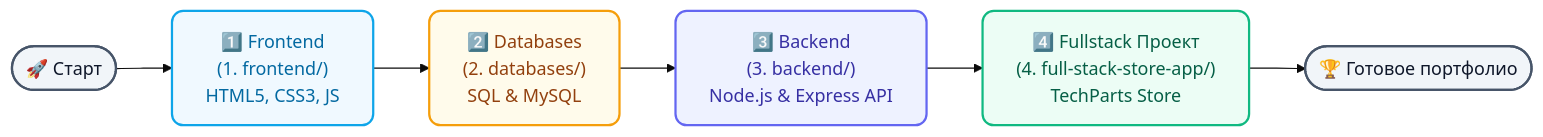
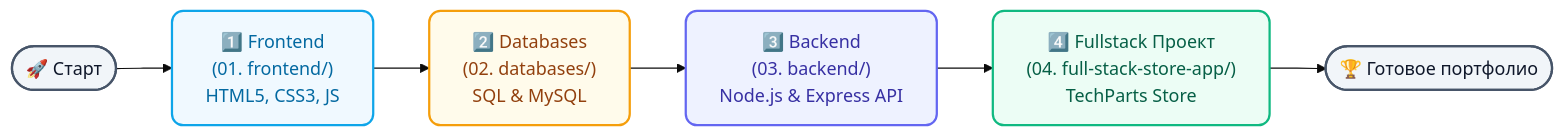
One commit to mrsky1001/fullstack-web-development-course changed the second of 2 diagrams in README.ru.md. Above: the diagram before and after it, drawn with Mermaid (base theme). The commit also changed other lines of this file and 1168 other files, not shown here.

````diff
--- a/README.ru.md
+++ b/README.ru.md
@@ -282,25 +282,25 @@
 ```mermaid
 flowchart LR
-    Start(["<span style='display:inline-block; text-decoration:none;'>🚀 Старт</span>"]) --> F["<span style='display:inline-block; text-decoration:none;'>1️⃣ Frontend<br/>(1. frontend/)<br/>HTML5, CSS3, JS</span>"]
-    F --> D["<span style='display:inline-block; text-decoration:none;'>2️⃣ Databases<br/>(2. databases/)<br/>SQL & MySQL</span>"]
-    D --> B["<span style='display:inline-block; text-decoration:none;'>3️⃣ Backend<br/>(3. backend/)<br/>Node.js & Express API</span>"]
-    B --> App["<span style='display:inline-block; text-decoration:none;'>4️⃣ Fullstack Проект<br/>(4. full-stack-store-app/)<br/>TechParts Store</span>"]
+    Start(["<span style='display:inline-block; text-decoration:none;'>🚀 Старт</span>"]) --> F["<span style='display:inline-block; text-decoration:none;'>1️⃣ Frontend<br/>(01. frontend/)<br/>HTML5, CSS3, JS</span>"]
+    F --> D["<span style='display:inline-block; text-decoration:none;'>2️⃣ Databases<br/>(02. databases/)<br/>SQL & MySQL</span>"]
+    D --> B["<span style='display:inline-block; text-decoration:none;'>3️⃣ Backend<br/>(03. backend/)<br/>Node.js & Express API</span>"]
+    B --> App["<span style='display:inline-block; text-decoration:none;'>4️⃣ Fullstack Проект<br/>(04. full-stack-store-app/)<br/>TechParts Store</span>"]
     App --> Done(["<span style='display:inline-block; text-decoration:none;'>🏆 Готовое портфолио</span>"])
 
     classDef startDone fill:#f1f5f9,stroke:#475569,stroke-width:2px,color:#0f172a,rx:20px,ry:20px,text-decoration:none;
     classDef front fill:#f0f9ff,stroke:#0ea5e9,stroke-width:2px,color:#0369a1,rx:10px,ry:10px,text-decoration:none;
     classDef db fill:#fffbeb,stroke:#f59e0b,stroke-width:2px,color:#92400e,rx:10px,ry:10px,text-decoration:none;
     classDef back fill:#eef2ff,stroke:#6366f1,stroke-width:2px,color:#3730a3,rx:10px,ry:10px,text-decoration:none;
     classDef app fill:#ecfdf5,stroke:#10b981,stroke-width:2px,color:#065f46,rx:10px,ry:10px,text-decoration:none;
 
     class Start,Done startDone;
     class F front;
     class D db;
     class B back;
     class App app;
 
-    click F "./1.%20frontend/" "Перейти в Frontend"
-    click D "./2.%20databases/" "Перейти в Databases"
-    click B "./3.%20backend/" "Перейти в Backend"
-    click App "./4.%20full-stack-store-app/" "Перейти в Fullstack Store App"
+    click F "./01.%20frontend/" "Перейти в Frontend"
+    click D "./02.%20databases/" "Перейти в Databases"
+    click B "./03.%20backend/" "Перейти в Backend"
+    click App "./04.%20full-stack-store-app/" "Перейти в Fullstack Store App"
 ```
````
